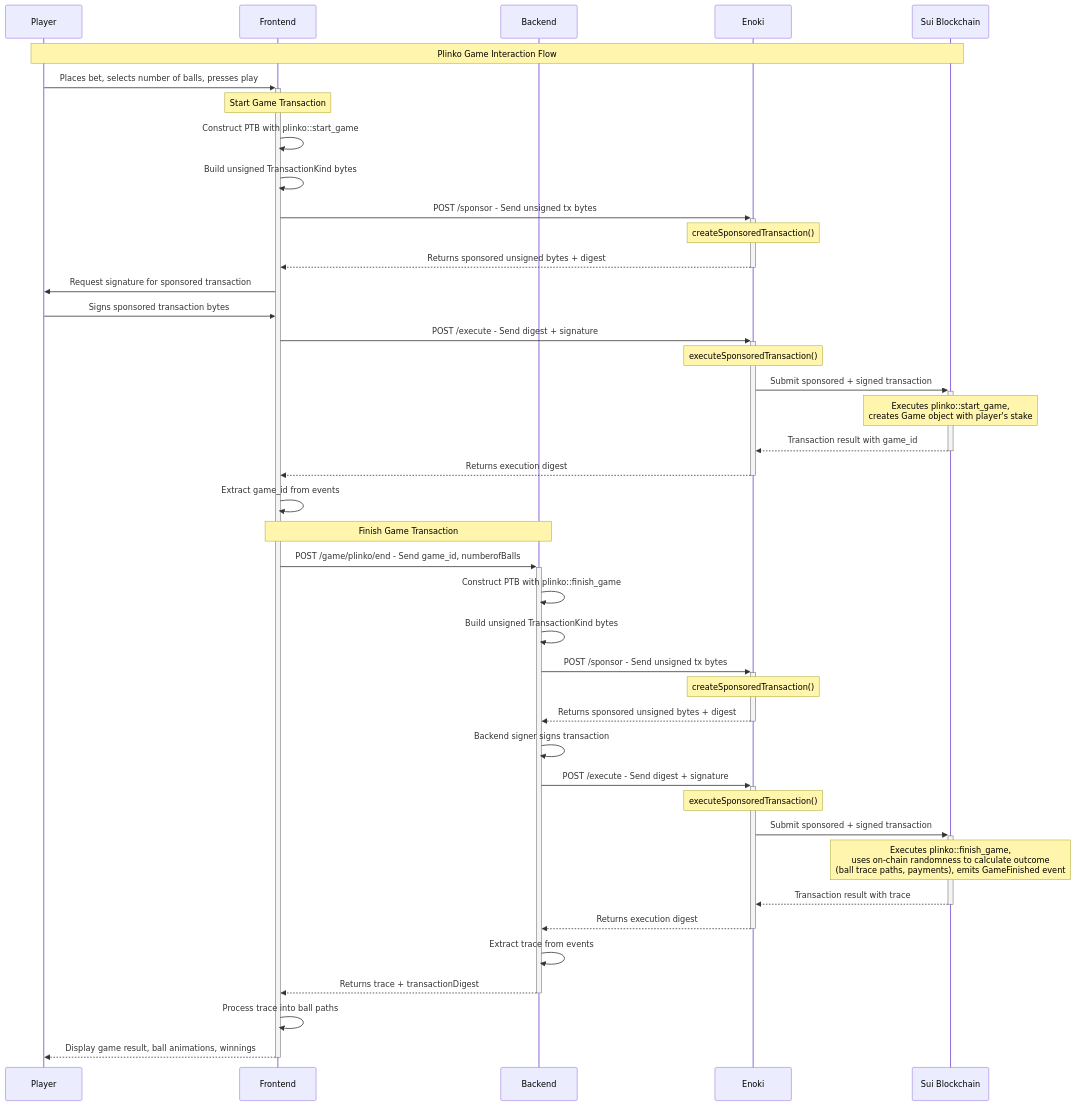
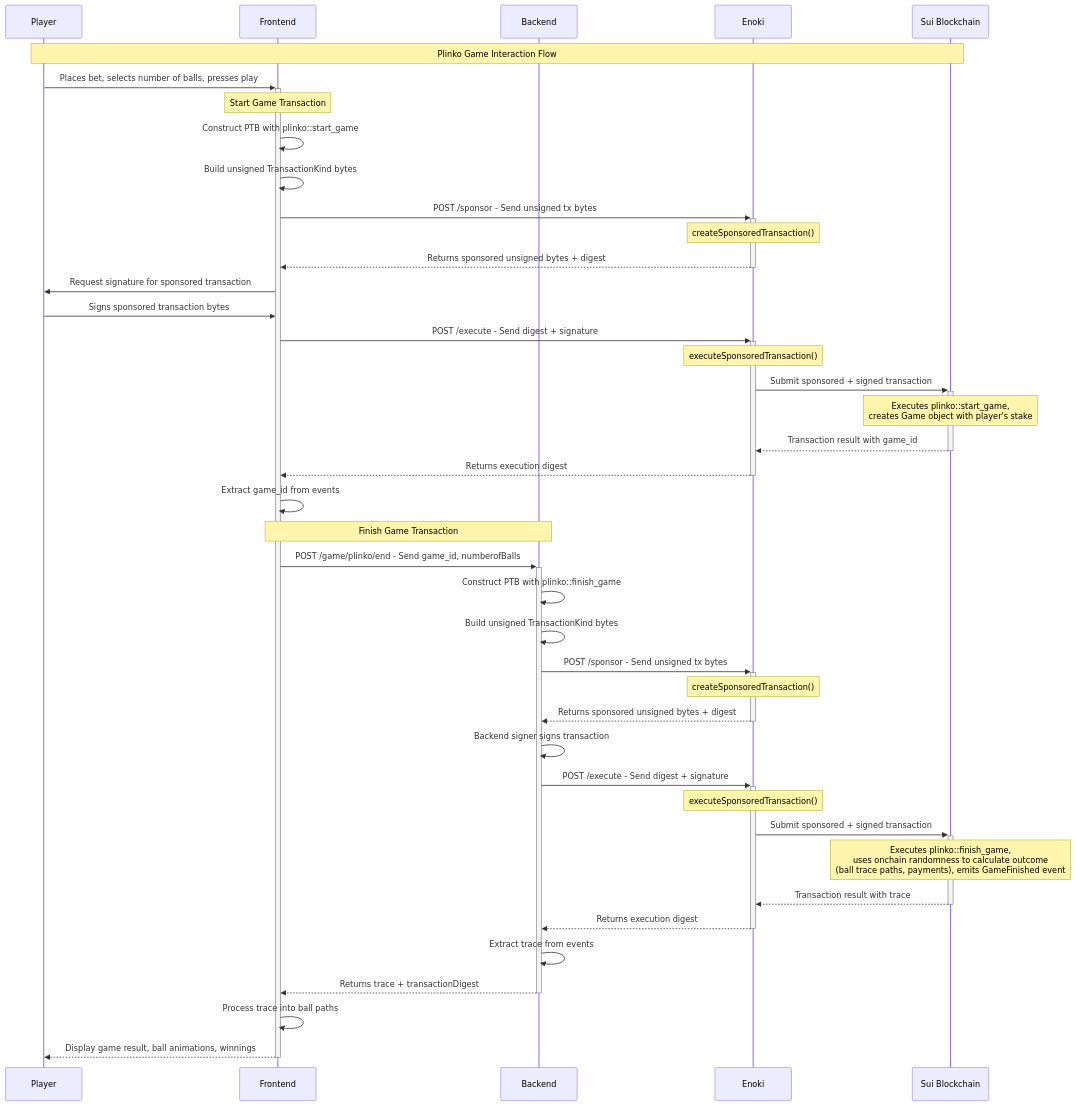
The diagram in docs/content/guides/developer/app-examples/plinko.mdx (MystenLabs/sui), drawn with Mermaid before and after one commit. The commit also changed other lines of this file and 100 other files, not shown here.

````diff
--- a/docs/content/guides/developer/app-examples/plinko.mdx
+++ b/docs/content/guides/developer/app-examples/plinko.mdx
@@ -29,47 +29,47 @@
 ```mermaid
 sequenceDiagram
     participant Player as Player
     participant FE as Frontend
     participant BE as Backend
     participant Enoki as Enoki
     participant Blockchain as Sui Blockchain
 
     Note over Player, Blockchain: Plinko Game Interaction Flow
 
     Player->>+FE: Places bet, selects number of balls, presses play
 
     Note over FE: Start Game Transaction
     FE->>FE: Construct PTB with plinko::start_game
     FE->>FE: Build unsigned TransactionKind bytes
     FE->>+Enoki: POST /sponsor - Send unsigned tx bytes
     Note over Enoki: createSponsoredTransaction()
     Enoki-->>-FE: Returns sponsored unsigned bytes + digest
     FE->>Player: Request signature for sponsored transaction
     Player->>FE: Signs sponsored transaction bytes
     FE->>+Enoki: POST /execute - Send digest + signature
     Note over Enoki: executeSponsoredTransaction()
     Enoki->>+Blockchain: Submit sponsored + signed transaction
     Note over Blockchain: Executes plinko::start_game,<br/>creates Game object with player's stake
     Blockchain-->>-Enoki: Transaction result with game_id
     Enoki-->>-FE: Returns execution digest
     FE->>FE: Extract game_id from events
 
     Note over FE,BE: Finish Game Transaction
     FE->>+BE: POST /game/plinko/end - Send game_id, numberofBalls
     BE->>BE: Construct PTB with plinko::finish_game
     BE->>BE: Build unsigned TransactionKind bytes
     BE->>+Enoki: POST /sponsor - Send unsigned tx bytes
     Note over Enoki: createSponsoredTransaction()
     Enoki-->>-BE: Returns sponsored unsigned bytes + digest
     BE->>BE: Backend signer signs transaction
     BE->>+Enoki: POST /execute - Send digest + signature
     Note over Enoki: executeSponsoredTransaction()
     Enoki->>+Blockchain: Submit sponsored + signed transaction
-    Note over Blockchain: Executes plinko::finish_game,<br/>uses on-chain randomness to calculate outcome<br/>(ball trace paths, payments), emits GameFinished event
+    Note over Blockchain: Executes plinko::finish_game,<br/>uses onchain randomness to calculate outcome<br/>(ball trace paths, payments), emits GameFinished event
     Blockchain-->>-Enoki: Transaction result with trace
     Enoki-->>-BE: Returns execution digest
     BE->>BE: Extract trace from events
     BE-->>-FE: Returns trace + transactionDigest
     FE->>FE: Process trace into ball paths
     FE-->>-Player: Display game result, ball animations, winnings
 ```
````
